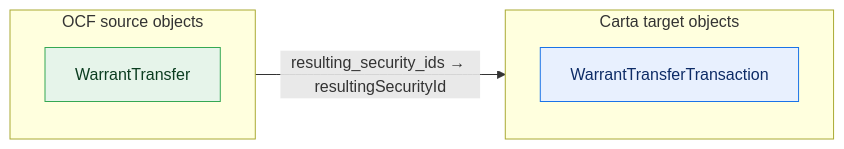
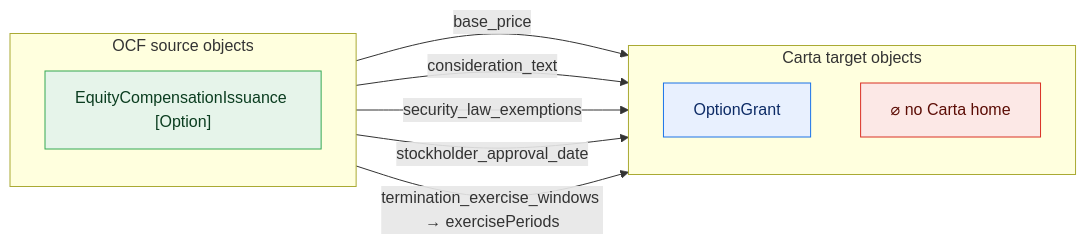
One commit to Open-Cap-Table-Coalition/OCF-Composed-Schemas changed the ninth of 32 diagrams in core-rich/core-gaps.md. Above: the diagram before and after it, drawn with Mermaid. The commit also changed other lines of this file and 11 other files, not shown here.

First line of the commit message:
Flow diagrams: one fully separate diagram per OCF object flavor

````diff
--- a/core-rich/core-gaps.md
+++ b/core-rich/core-gaps.md
@@ -74,16 +223,21 @@
 ```mermaid
 flowchart LR
   classDef adm fill:#e6f4ea,stroke:#34a853,color:#0b3d20;
   classDef notadm fill:#f1f3f4,stroke:#9aa0a6,color:#5f6368,stroke-dasharray:4 3;
   classDef carta fill:#e8f0fe,stroke:#1a73e8,color:#0d2b66;
   classDef sink fill:#fce8e6,stroke:#d93025,color:#5c0d06;
   subgraph SRC["OCF source objects"]
     direction TB
-    o0["WarrantTransfer"]:::adm
+    o0["EquityCompensationIssuance [Option]"]:::adm
   end
   subgraph TGT["Carta target objects"]
     direction TB
-    t0["WarrantTransferTransaction"]:::carta
+    t0["OptionGrant"]:::carta
+    sink["⌀ no Carta home"]:::sink
   end
-  o0 -->|"resulting_security_ids → resultingSecurityId"| t0
+  o0 -->|"base_price"| sink
+  o0 -->|"consideration_text"| sink
+  o0 -->|"security_law_exemptions"| sink
+  o0 -->|"stockholder_approval_date"| sink
+  o0 -->|"termination_exercise_windows → exercisePeriods"| t0
 ```
````
